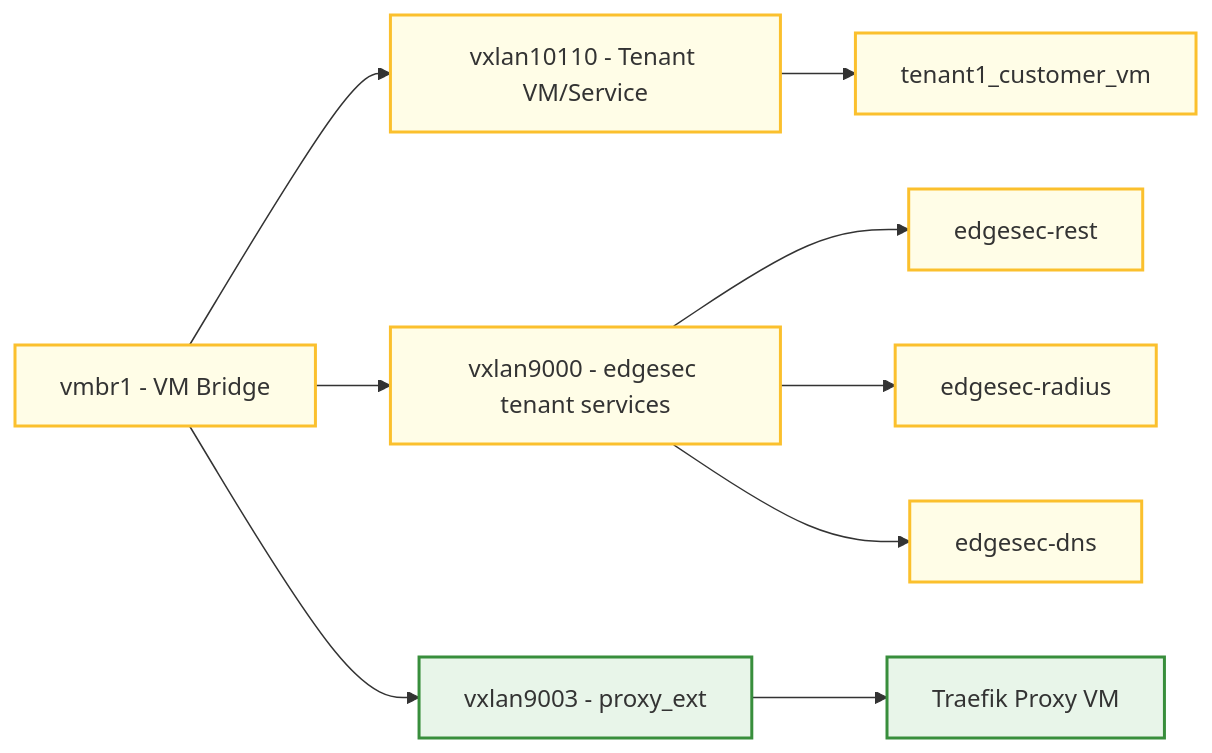
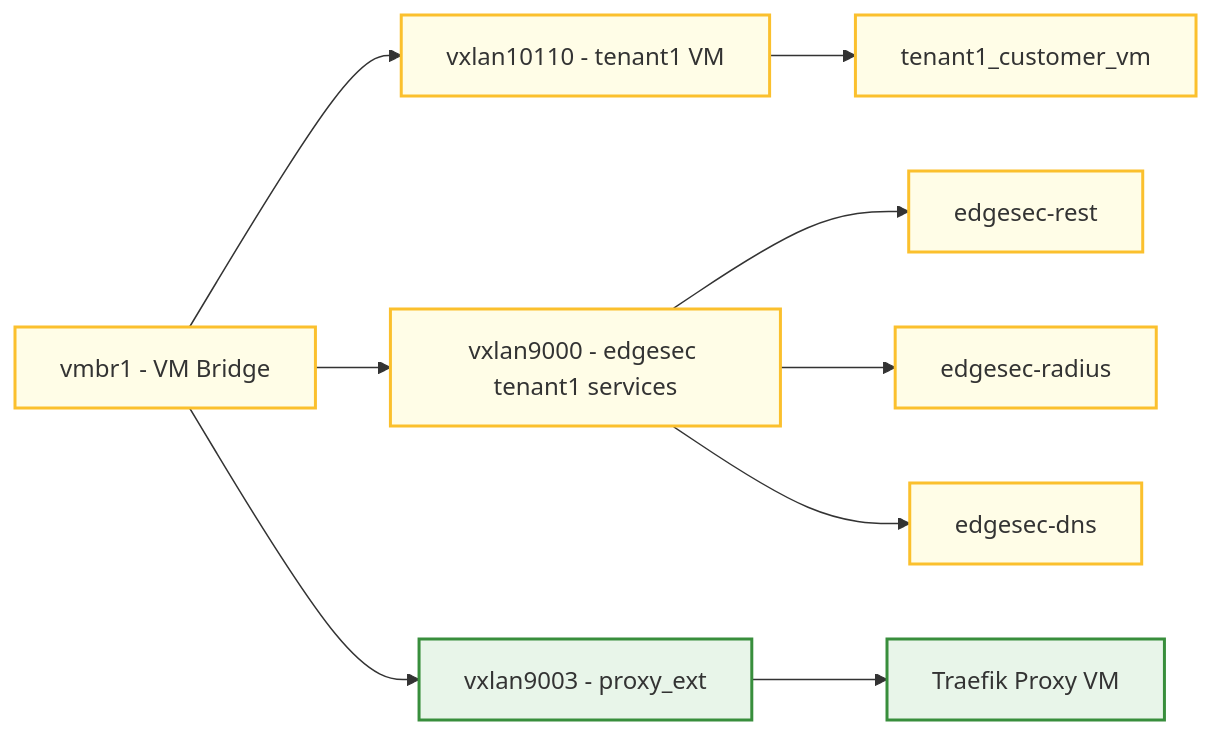
The third of 4 diagrams in README.md (CEP-Comwell/proxmox_addons), drawn with Mermaid before and after one commit.

````diff
--- a/README.md
+++ b/README.md
@@ -95,26 +95,26 @@
 ```mermaid
 graph LR
 VMBridge[vmbr1 - VM Bridge]
-VX10110[vxlan10110 - Tenant VM/Service]
-VX9000[vxlan9000 - edgesec tenant services]
+VX10110[vxlan10110 - tenant1 VM]
+VX9000[vxlan9000 - edgesec tenant1 services]
 VX9003[vxlan9003 - proxy_ext]
 CustVM[tenant1_customer_vm]
 RestVM[edgesec-rest]
 RadiusVM[edgesec-radius]
 DNSVM[edgesec-dns]
 ProxyVM[Traefik Proxy VM]
 
 VMBridge --> VX10110
 VMBridge --> VX9000
 VMBridge --> VX9003
 VX10110 --> CustVM
 VX9000 --> RestVM
 VX9000 --> RadiusVM
 VX9000 --> DNSVM
 VX9003 --> ProxyVM
 
 classDef vm fill:#fffde7,stroke:#fbc02d,stroke-width:2px;
 classDef proxy fill:#e8f5e9,stroke:#388e3c,stroke-width:2px;
 class VMBridge,VX10110,VX9000,CustVM,RestVM,RadiusVM,DNSVM vm;
 class VX9003,ProxyVM proxy;
 ```
````
